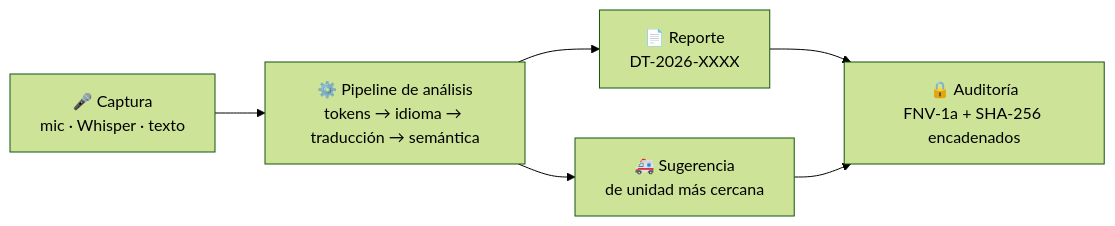
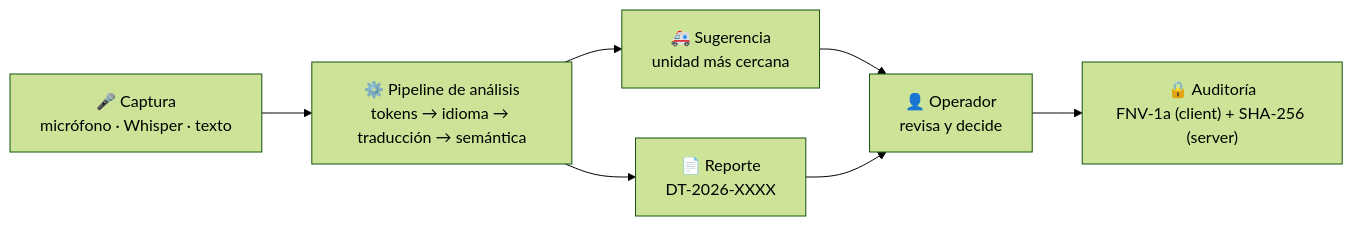
The first of 2 diagrams in README.md (VictorMBojorquez/drivetec), drawn with Mermaid (forest theme) before and after one commit. The commit also changed other lines of this file and 3 other files, not shown here.

Commit message:
docs: README renovado (hero, badges, mermaid de pipeline y ciclo de vida, detalles plegables, roadmap) y limpieza del repo: se retiran los manuales de agentes (AGENTS.md, CLAUDE.md, CLAUDE_EXPORT.md) y la captura local 2439.png

````diff
--- a/README.md
+++ b/README.md
@@ -23,8 +30,9 @@
 ```mermaid
 flowchart LR
-    A["🎤 Captura<br>mic · Whisper · texto"] --> B["⚙️ Pipeline de análisis<br>tokens → idioma → traducción → semántica"]
+    A["🎤 Captura<br>micrófono · Whisper · texto"] --> B["⚙️ Pipeline de análisis<br>tokens → idioma → traducción → semántica"]
     B --> C["📄 Reporte<br>DT-2026-XXXX"]
-    B --> D["🚑 Sugerencia<br>de unidad más cercana"]
-    C --> E["🔒 Auditoría<br>FNV-1a + SHA-256 encadenados"]
-    D --> E
+    B --> D["🚑 Sugerencia<br>unidad más cercana"]
+    D --> O["👤 Operador<br>revisa y decide"]
+    C --> O
+    O --> E["🔒 Auditoría<br>FNV-1a (client) + SHA-256 (server)"]
 ```
````
